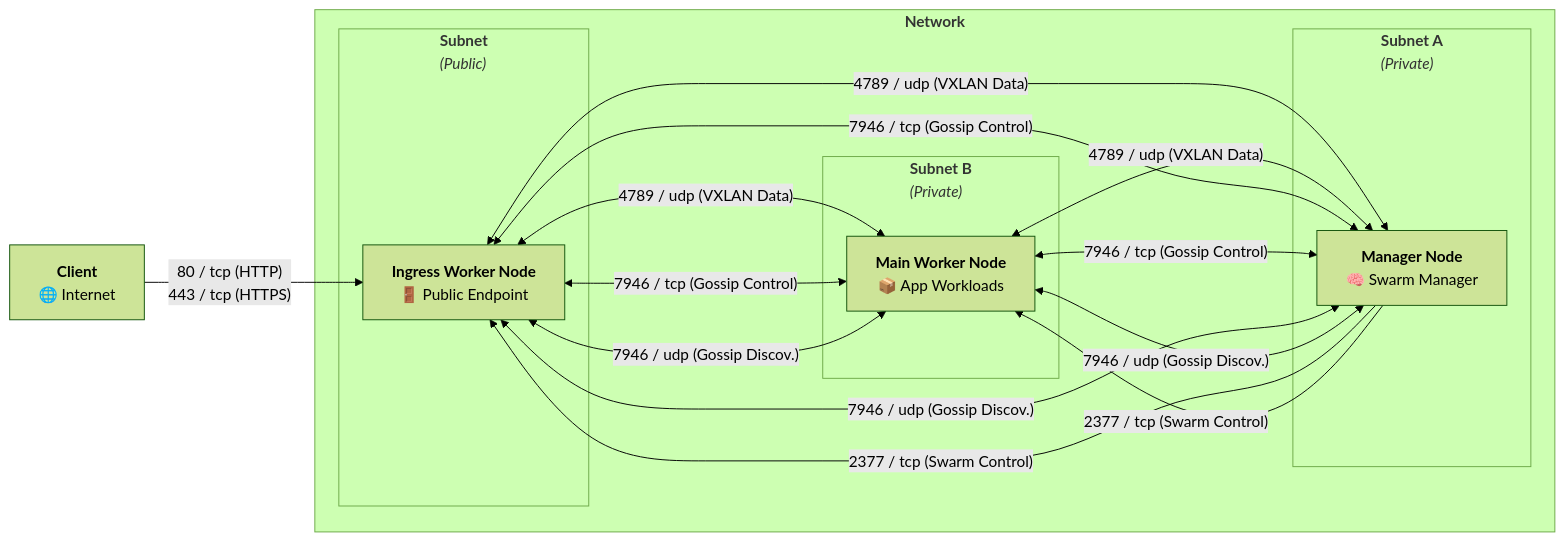
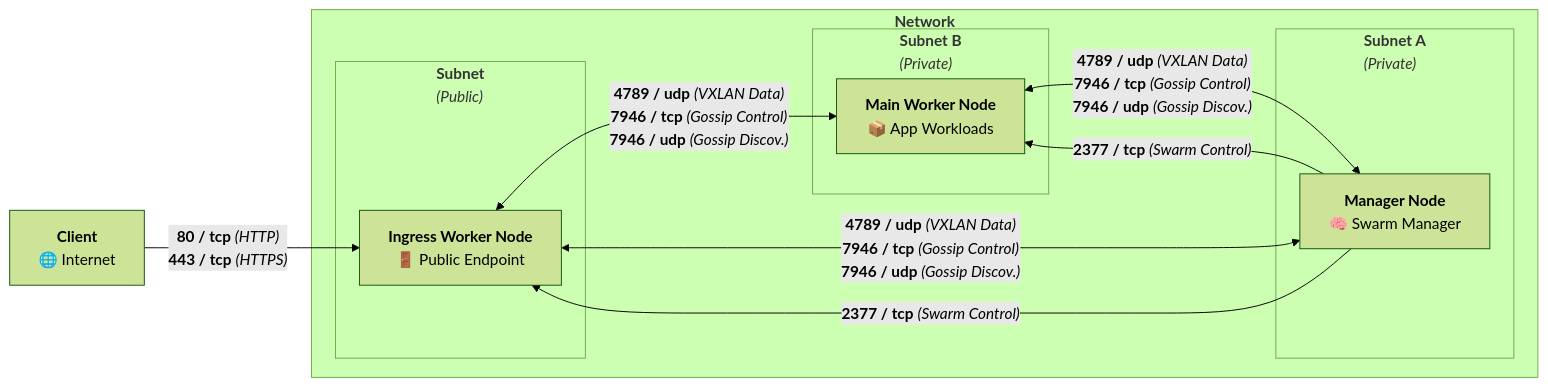
One commit to cloud-skeleton/prerequisites changed the diagram in README.md. Above: the diagram before and after it, drawn with Mermaid (forest theme).

Commit message:
consolidate

````diff
--- a/README.md
+++ b/README.md
@@ -38,43 +38,31 @@
 ```mermaid
 graph LR
 
   external_client["<b>Client</b><br>🌐 Internet"]
 
   subgraph "<b>Network</b>"
-
     subgraph "<b>Subnet</b><br><i>(Public)</i>"
       ingress["<b>Ingress Worker Node</b><br>🚪 Public Endpoint"]
     end
 
     subgraph "<b>Subnet A</b><br><i>(Private)</i>"
       manager["<b>Manager Node</b><br>🧠 Swarm Manager"]
     end
 
     subgraph "<b>Subnet B</b><br><i>(Private)</i>"
       worker["<b>Main Worker Node</b><br>📦 App Workloads"]
     end
-
   end
 
-  %% External access
-  external_client -->|"80 / tcp (HTTP)<br>443 / tcp (HTTPS)"| ingress
+  external_client -->|"<b>80 / tcp</b> <i>(HTTP)</i><br><b>443 / tcp</b> <i>(HTTPS)</i>"| ingress
 
-  %% Overlay network (VXLAN)
-  ingress <-->|"4789 / udp (VXLAN Data)"| worker
-  ingress <-->|"4789 / udp (VXLAN Data)"| manager
-  worker <-->|"4789 / udp (VXLAN Data)"| manager
+  ingress <-->|"<b>4789 / udp</b> <i>(VXLAN Data)</i><br><b>7946 / tcp</b> <i>(Gossip Control)</i><br><b>7946 / udp</b> <i>(Gossip Discov.)</i>"| worker
 
-  %% Swarm management (one-way)
-  manager -->|"2377 / tcp (Swarm Control)"| ingress
-  manager -->|"2377 / tcp (Swarm Control)"| worker
+  ingress <-->|"<b>4789 / udp</b> <i>(VXLAN Data)</i><br><b>7946 / tcp</b> <i>(Gossip Control)</i><br><b>7946 / udp</b> <i>(Gossip Discov.)</i>"| manager
 
-  %% Gossip - TCP
-  ingress <-->|"7946 / tcp (Gossip Control)"| manager
-  worker <-->|"7946 / tcp (Gossip Control)"| manager
-  worker <-->|"7946 / tcp (Gossip Control)"| ingress
+  worker <-->|"<b>4789 / udp</b> <i>(VXLAN Data)</i><br><b>7946 / tcp</b> <i>(Gossip Control)</i><br><b>7946 / udp</b> <i>(Gossip Discov.)</i>"| manager
 
-  %% Gossip - UDP
-  ingress <-->|"7946 / udp (Gossip Discov.)"| manager
-  worker <-->|"7946 / udp (Gossip Discov.)"| manager
-  worker <-->|"7946 / udp (Gossip Discov.)"| ingress
+  manager -->|"<b>2377 / tcp</b> <i>(Swarm Control)</i>"| ingress
+
+  manager -->|"<b>2377 / tcp</b> <i>(Swarm Control)</i>"| worker
 ```
````
